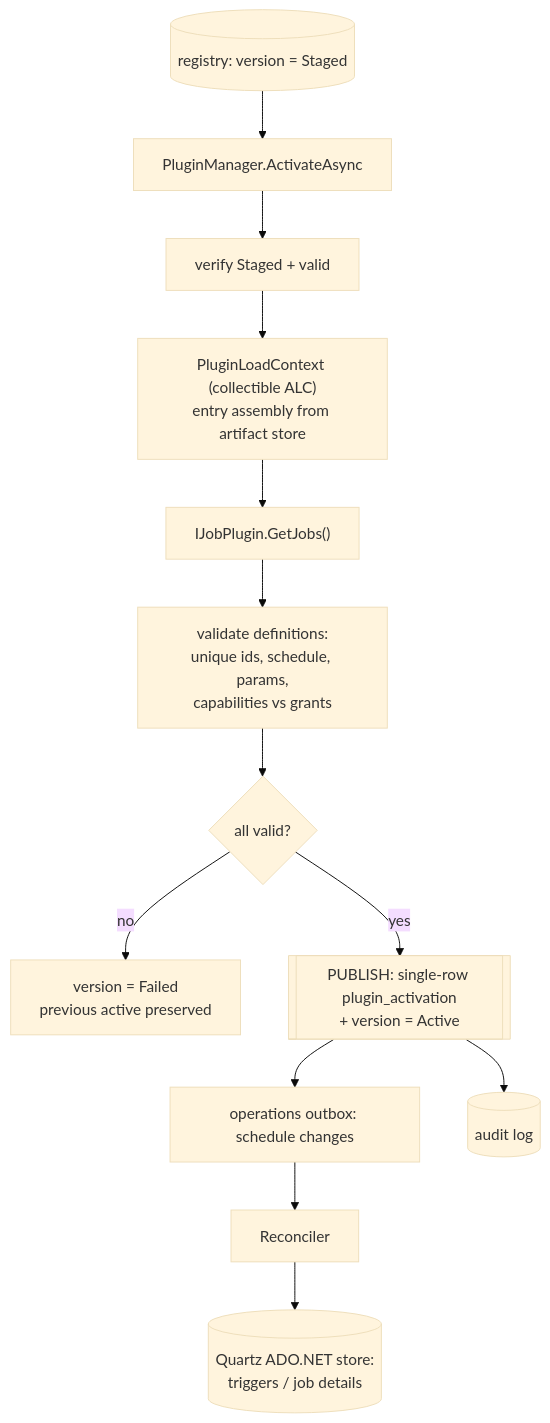
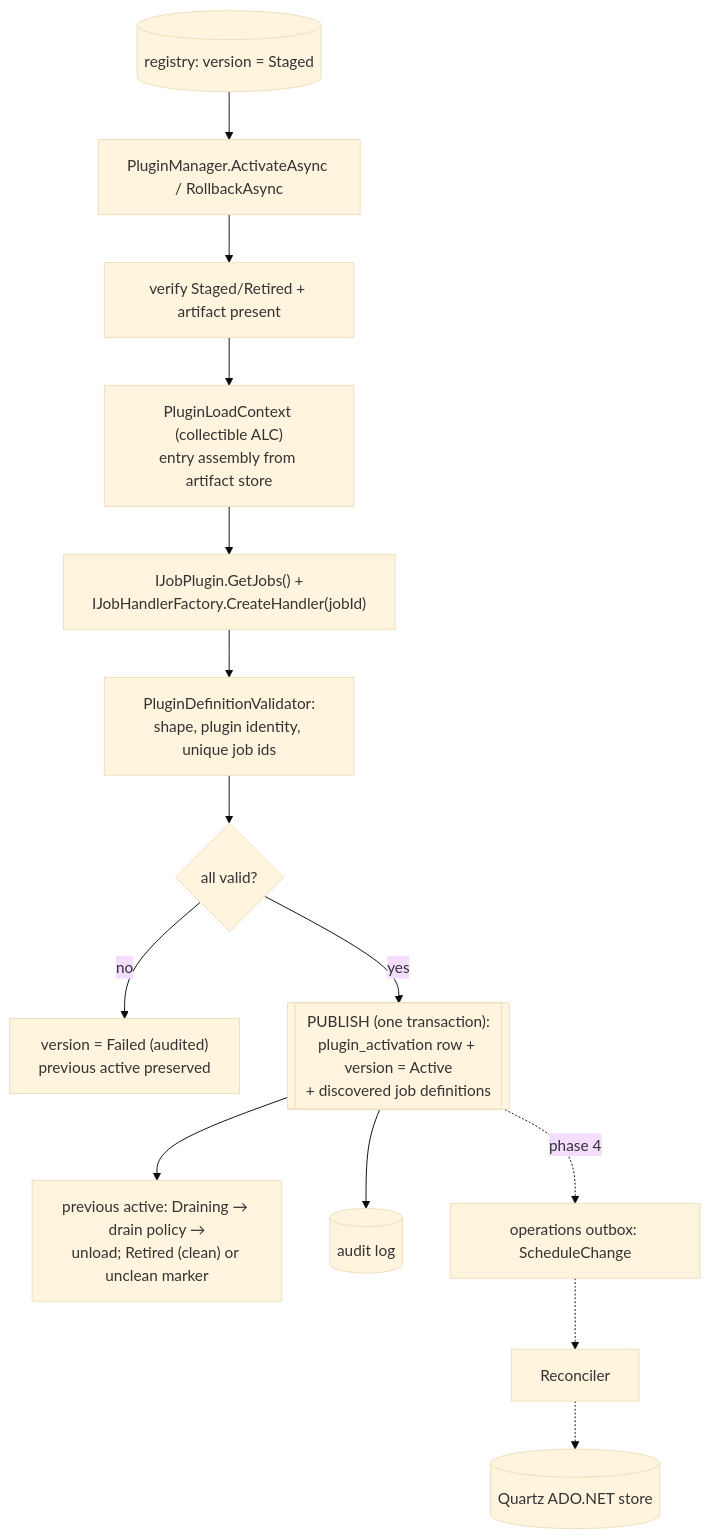
The second of 4 diagrams in docs/graphs/plugin-workflows.md (nicknad/job-scheduler), drawn with Mermaid (base theme) before and after one commit. The commit also changed other lines of this file and 48 other files, not shown here.

````diff
--- a/docs/graphs/plugin-workflows.md
+++ b/docs/graphs/plugin-workflows.md
@@ -45,15 +49,16 @@
 ```mermaid
 flowchart TD
-  REG[("registry: version = Staged")] --> ACTAPI["PluginManager.ActivateAsync"]
-  ACTAPI --> LQ["verify Staged + valid"]
+  REG[("registry: version = Staged")] --> ACTAPI["PluginManager.ActivateAsync / RollbackAsync"]
+  ACTAPI --> LQ["verify Staged/Retired + artifact present"]
   LQ --> LC["PluginLoadContext (collectible ALC)<br/>entry assembly from artifact store"]
-  LC --> DISC["IJobPlugin.GetJobs()"]
-  DISC --> DEF["validate definitions:<br/>unique ids, schedule, params,<br/>capabilities vs grants"]
+  LC --> DISC["IJobPlugin.GetJobs() +<br/>IJobHandlerFactory.CreateHandler(jobId)"]
+  DISC --> DEF["PluginDefinitionValidator:<br/>shape, plugin identity, unique job ids"]
   DEF --> ACC{"all valid?"}
-  ACC -- "no" --> FAIL["version = Failed<br/>previous active preserved"]
-  ACC -- "yes" --> ACT[["PUBLISH: single-row plugin_activation<br/>+ version = Active"]]
-  ACT --> OUT["operations outbox: schedule changes"]
-  OUT --> REC["Reconciler"]
-  REC --> QZ[("Quartz ADO.NET store:<br/>triggers / job details")]
+  ACC -- "no" --> FAIL["version = Failed (audited)<br/>previous active preserved"]
+  ACC -- "yes" --> ACT[["PUBLISH (one transaction):<br/>plugin_activation row + version = Active<br/>+ discovered job definitions"]]
+  ACT --> RETIRE["previous active: Draining → drain policy →<br/>unload; Retired (clean) or unclean marker"]
   ACT --> AUD[("audit log")]
+  ACT -. "phase 4" .-> OUT["operations outbox: ScheduleChange"]
+  OUT -.-> REC["Reconciler"]
+  REC -.-> QZ[("Quartz ADO.NET store")]
 ```
````
